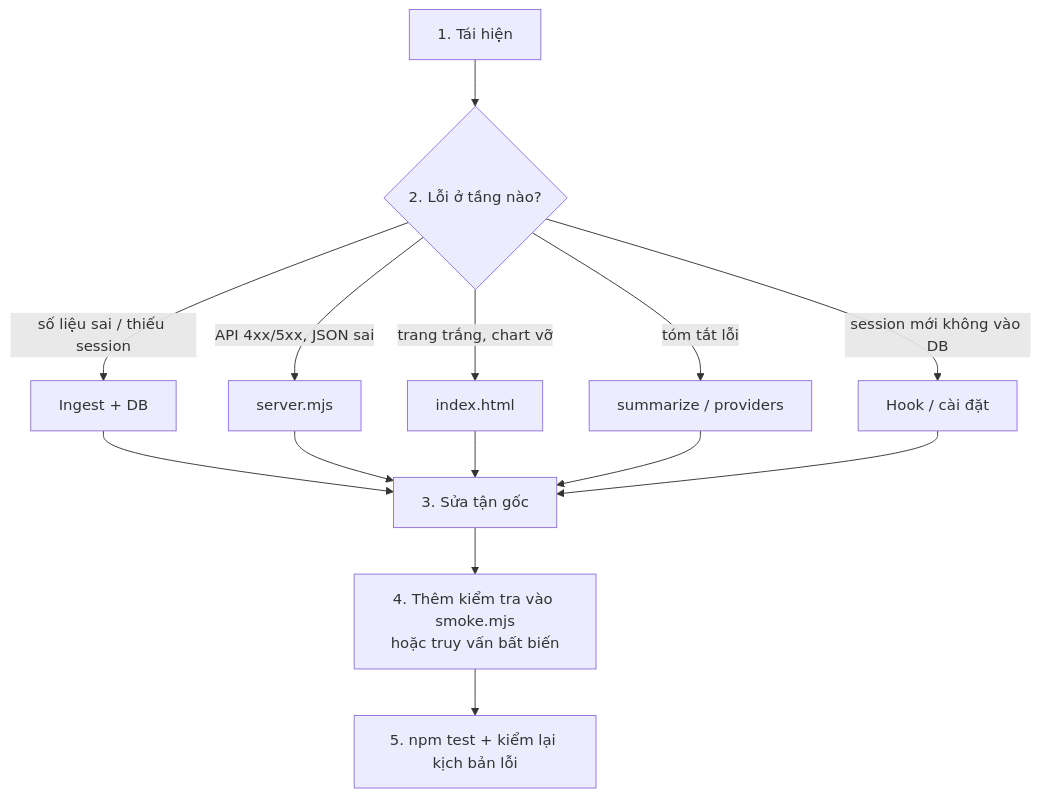
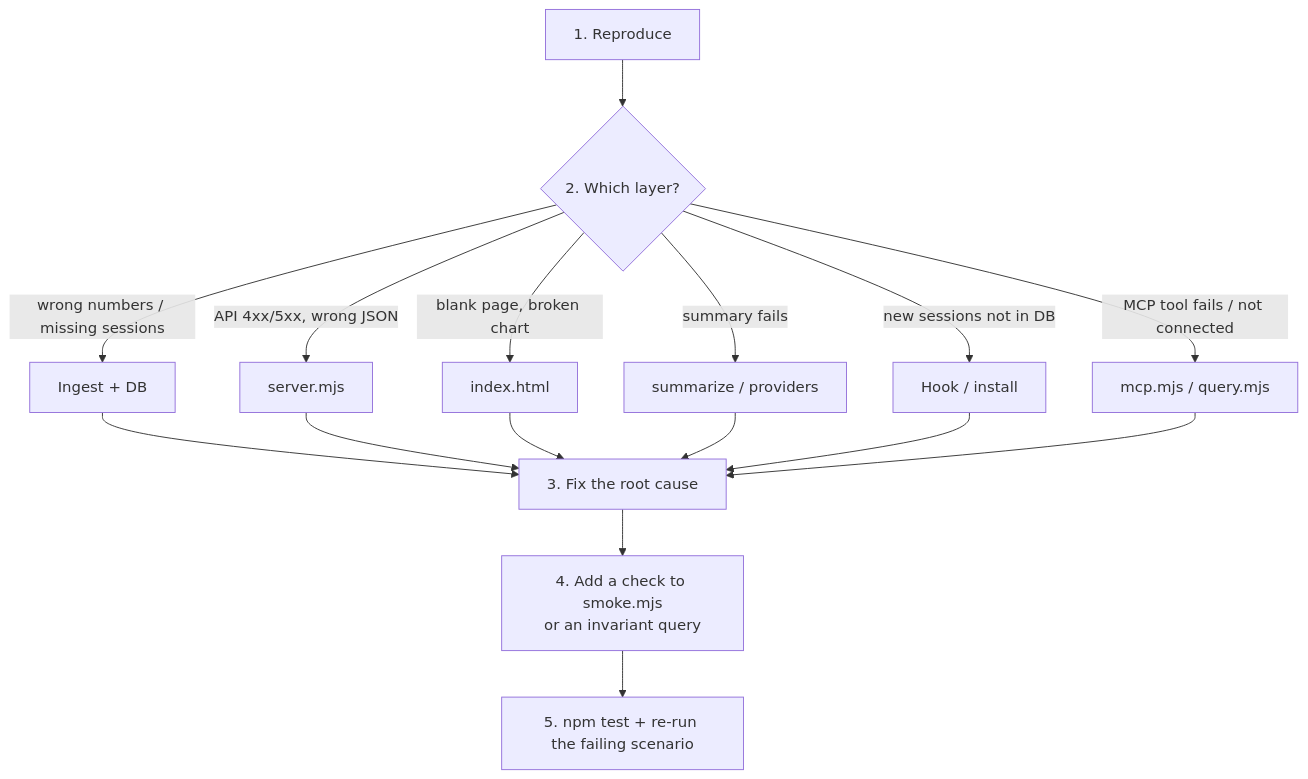
Before and after one commit to hienct-fpt/personal-brain: the diagram in .claude/skills/pb-bugfix/SKILL.md, drawn with Mermaid. The commit also changed other lines of this file and 11 other files, not shown here.

````diff
--- a/.claude/skills/pb-bugfix/SKILL.md
+++ b/.claude/skills/pb-bugfix/SKILL.md
@@ -8,12 +8,13 @@
 ```mermaid
 flowchart TD
-  A["1. Tái hiện"] --> B{"2. Lỗi ở tầng nào?"}
-  B -->|"số liệu sai / thiếu session"| I["Ingest + DB"]
-  B -->|"API 4xx/5xx, JSON sai"| S["server.mjs"]
-  B -->|"trang trắng, chart vỡ"| U["index.html"]
-  B -->|"tóm tắt lỗi"| P["summarize / providers"]
-  B -->|"session mới không vào DB"| H["Hook / cài đặt"]
-  I & S & U & P & H --> C["3. Sửa tận gốc"]
-  C --> D["4. Thêm kiểm tra vào smoke.mjs<br/>hoặc truy vấn bất biến"]
-  D --> E["5. npm test + kiểm lại kịch bản lỗi"]
+  A["1. Reproduce"] --> B{"2. Which layer?"}
+  B -->|"wrong numbers / missing sessions"| I["Ingest + DB"]
+  B -->|"API 4xx/5xx, wrong JSON"| S["server.mjs"]
+  B -->|"blank page, broken chart"| U["index.html"]
+  B -->|"summary fails"| P["summarize / providers"]
+  B -->|"new sessions not in DB"| H["Hook / install"]
+  B -->|"MCP tool fails / not connected"| M["mcp.mjs / query.mjs"]
+  I & S & U & P & H & M --> C["3. Fix the root cause"]
+  C --> D["4. Add a check to smoke.mjs<br/>or an invariant query"]
+  D --> E["5. npm test + re-run the failing scenario"]
 ```
````
